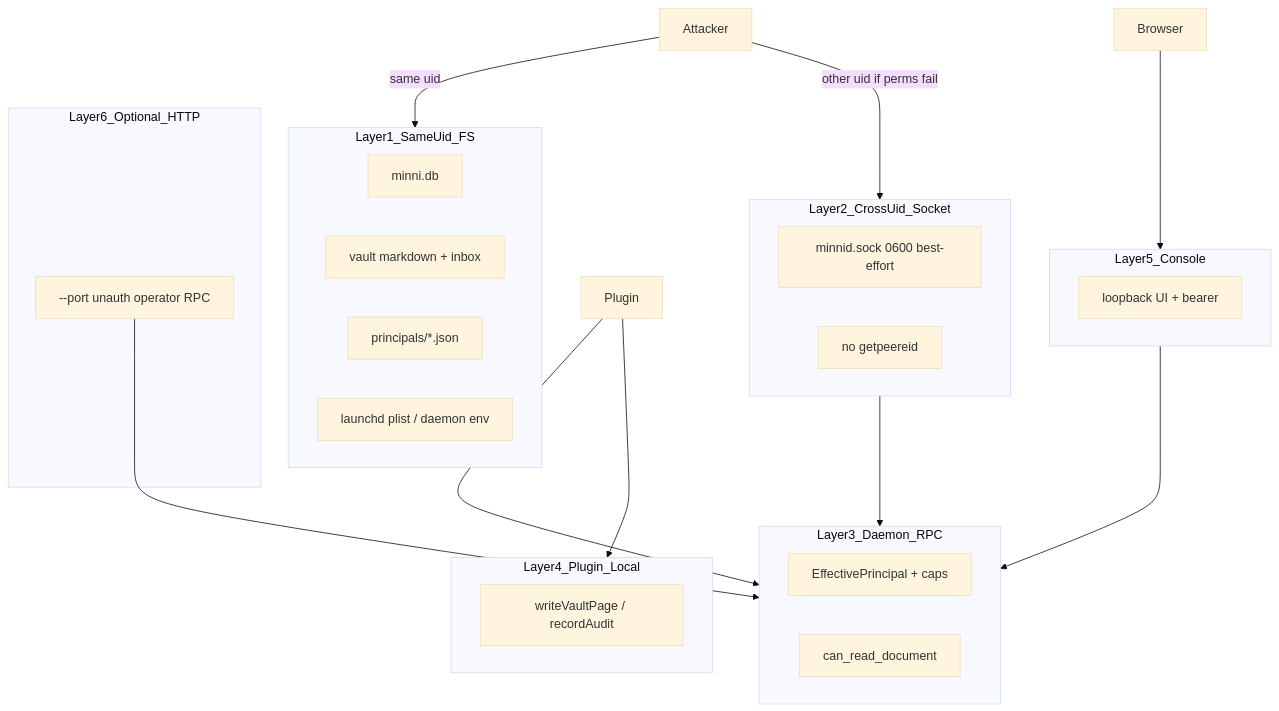
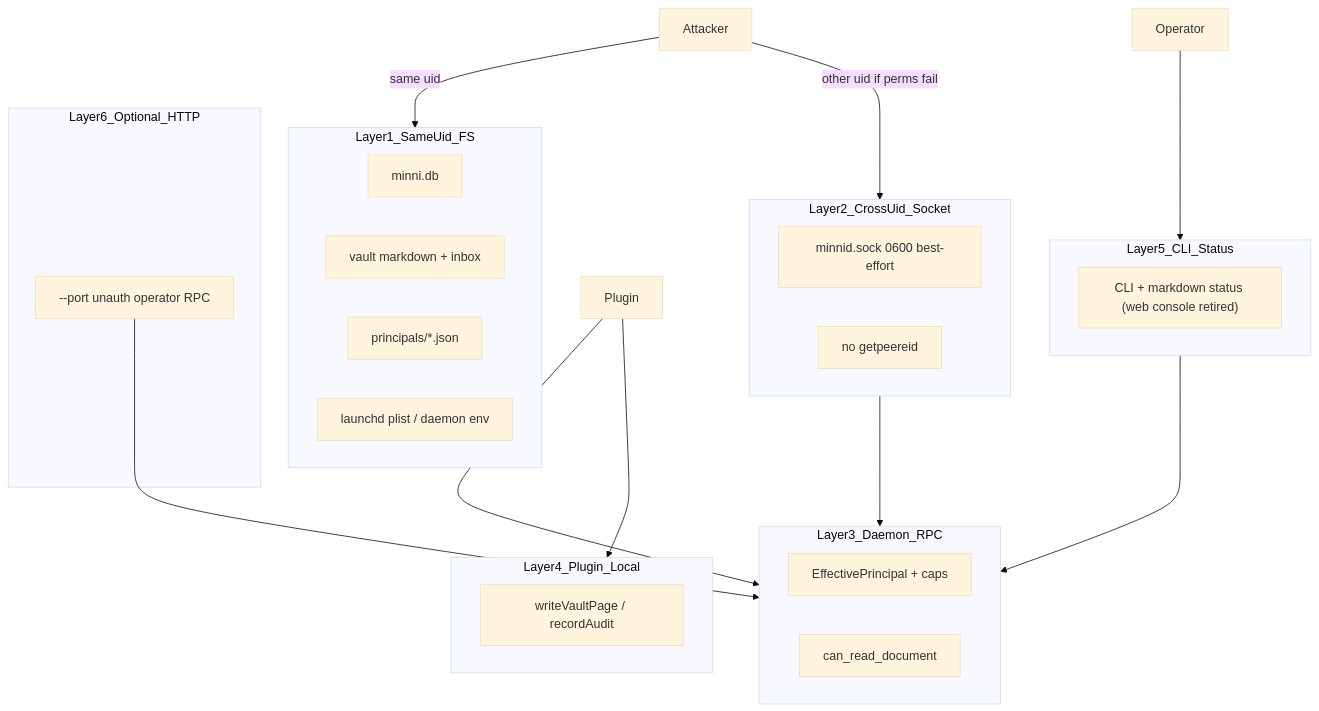
Before and after one commit to infektyd/minni: the diagram in docs/contracts/THREAT_MODEL.md, drawn with Mermaid (base theme). The commit also changed other lines of this file and 162 other files, not shown here.

````diff
--- a/docs/contracts/THREAT_MODEL.md
+++ b/docs/contracts/THREAT_MODEL.md
@@ -56,34 +58,34 @@
 ```mermaid
 flowchart TB
   subgraph layer1 [Layer1_SameUid_FS]
     DB["minni.db"]
     Vault["vault markdown + inbox"]
     Principals["principals/*.json"]
     Launchd["launchd plist / daemon env"]
   end
   subgraph layer2 [Layer2_CrossUid_Socket]
     Sock["minnid.sock 0600 best-effort"]
     NoPeer["no getpeereid"]
   end
   subgraph layer3 [Layer3_Daemon_RPC]
     EP["EffectivePrincipal + caps"]
     CRD["can_read_document"]
   end
   subgraph layer4 [Layer4_Plugin_Local]
     WVP["writeVaultPage / recordAudit"]
   end
-  subgraph layer5 [Layer5_Console]
-    UI["loopback UI + bearer"]
+  subgraph layer5 [Layer5_CLI_Status]
+    CLI["CLI + markdown status (web console retired)"]
   end
   subgraph layer6 [Layer6_Optional_HTTP]
     HTTP["--port unauth operator RPC"]
   end
   Attacker -->|same uid| layer1
   Attacker -->|other uid if perms fail| layer2
   layer2 --> layer3
   Plugin --> layer3
   Plugin --> layer4
-  Browser --> layer5
+  Operator --> layer5
   layer5 --> layer3
   HTTP --> layer3
 ```
````
